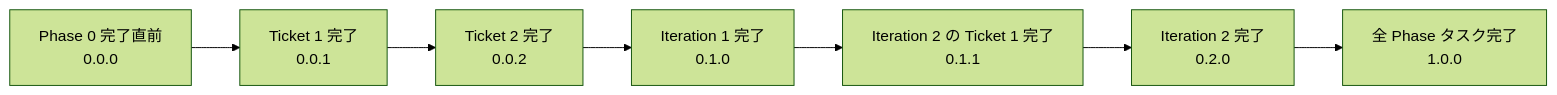
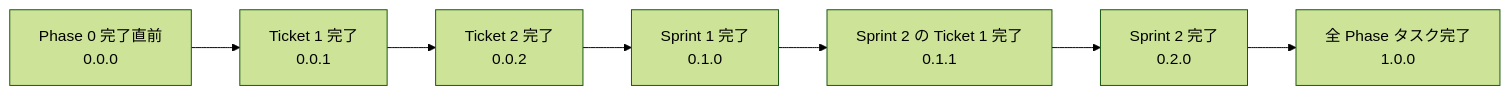
Before and after one commit to BossApe/lo-vibe: the diagram in _document/002.要件定義フェーズ/005.各種規約/005-07.開発システムバージョン規約.md, drawn with Mermaid (forest theme). The commit also changed other lines of this file and 43 other files, not shown here.

First line of the commit message:
refactor: Iteration → Sprint / IT → SP / イテレーション → スプリント 全体リネーム

````diff
--- a/_document/002.要件定義フェーズ/005.各種規約/005-07.開発システムバージョン規約.md
+++ b/_document/002.要件定義フェーズ/005.各種規約/005-07.開発システムバージョン規約.md
@@ -76,9 +76,9 @@
 ```mermaid
 flowchart LR
   A[Phase 0 完了直前<br>0.0.0] --> B[Ticket 1 完了<br>0.0.1]
   B --> C[Ticket 2 完了<br>0.0.2]
-  C --> D[Iteration 1 完了<br>0.1.0]
-  D --> E[Iteration 2 の Ticket 1 完了<br>0.1.1]
-  E --> F[Iteration 2 完了<br>0.2.0]
+  C --> D[Sprint 1 完了<br>0.1.0]
+  D --> E[Sprint 2 の Ticket 1 完了<br>0.1.1]
+  E --> F[Sprint 2 完了<br>0.2.0]
   F --> G[全 Phase タスク完了<br>1.0.0]
 ```
````
